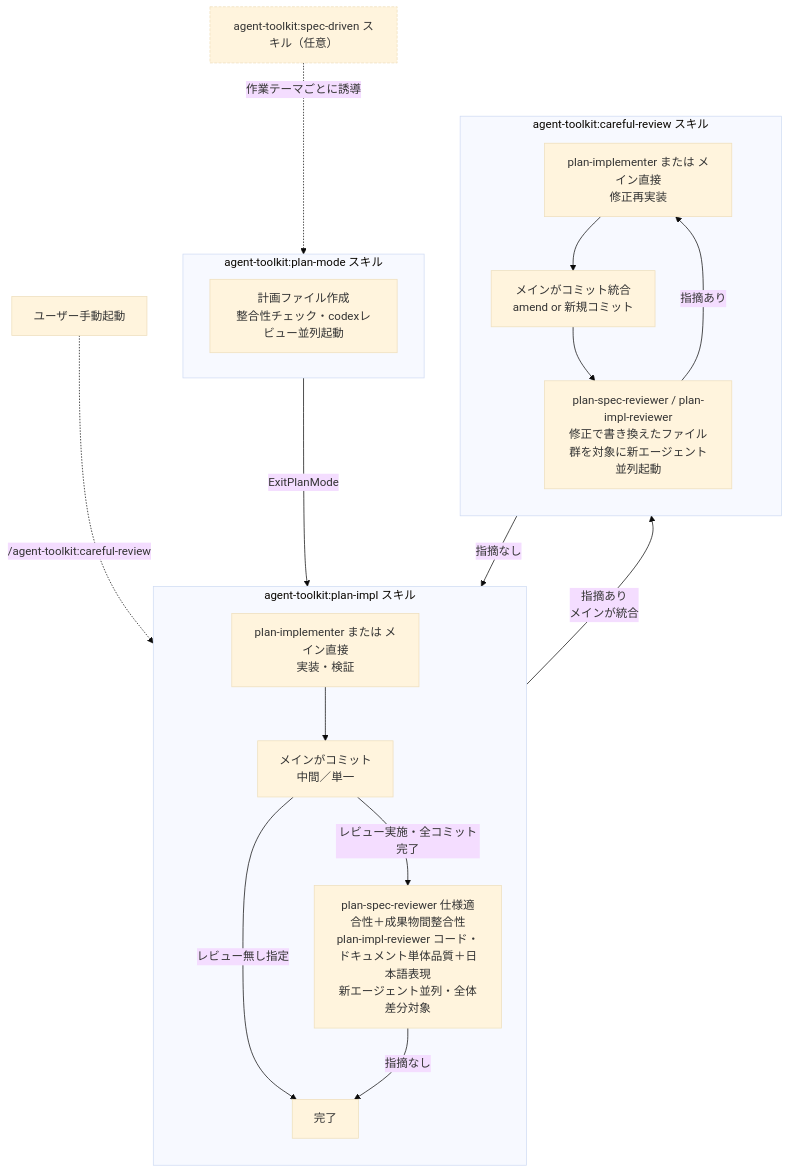
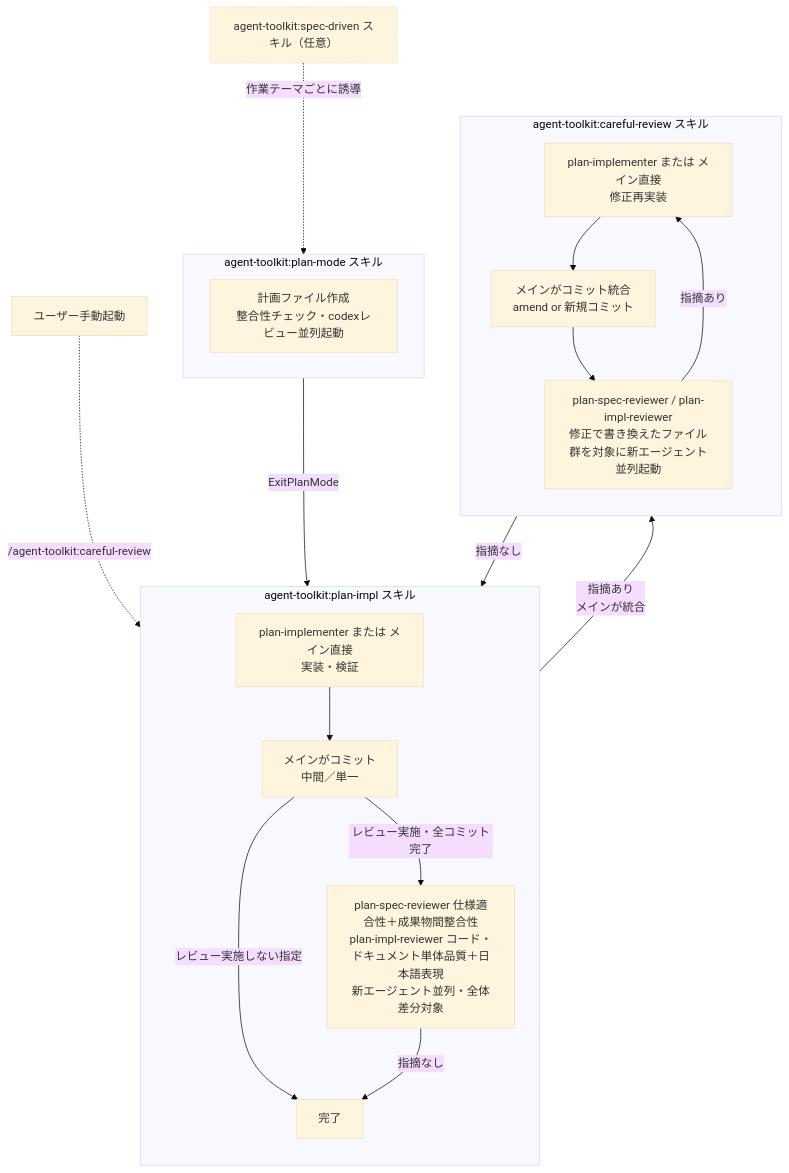
Before and after one commit to ak110/dotfiles: the diagram in .claude/skills/agent-toolkit-edit/SKILL.md, drawn with Mermaid (base theme). The commit also changed other lines of this file and 9 other files, not shown here.

````diff
--- a/.claude/skills/agent-toolkit-edit/SKILL.md
+++ b/.claude/skills/agent-toolkit-edit/SKILL.md
@@ -73,28 +73,28 @@
 ```mermaid
 flowchart TB
     SD["agent-toolkit:spec-driven スキル（任意）"]:::sd
     subgraph PM["agent-toolkit:plan-mode スキル"]
       P[計画ファイル作成<br/>整合性チェック・codexレビュー並列起動]
     end
     subgraph PI["agent-toolkit:plan-impl スキル"]
       direction TB
       T[plan-implementer または メイン直接<br/>実装・検証] --> CM[メインがコミット<br/>中間／単一]
-      CM -->|レビュー無し指定| END[完了]
+      CM -->|レビュー実施しない指定| END[完了]
       CM -->|レビュー実施・全コミット完了| CR
     end
     subgraph CRS["agent-toolkit:careful-review スキル"]
       direction TB
       CR[plan-spec-reviewer 仕様適合性＋成果物間整合性<br/>plan-impl-reviewer コード・ドキュメント単体品質＋日本語表現<br/>新エージェント並列・全体差分対象]
       CR -->|指摘あり<br/>メインが統合| T2[plan-implementer または メイン直接<br/>修正再実装]
       T2 --> CFix[メインがコミット統合<br/>amend or 新規コミット]
       CFix --> R2[plan-spec-reviewer / plan-impl-reviewer<br/>修正で書き換えたファイル群を対象に新エージェント並列起動]
       R2 -->|指摘あり| T2
       CR -->|指摘なし| END
       R2 -->|指摘なし| END
     end
     SD -.->|作業テーマごとに誘導| PM
     PM -->|ExitPlanMode| PI
     User[ユーザー手動起動] -.->|/agent-toolkit:careful-review| CR
 
     classDef sd stroke-dasharray: 4 2
 ```
````
